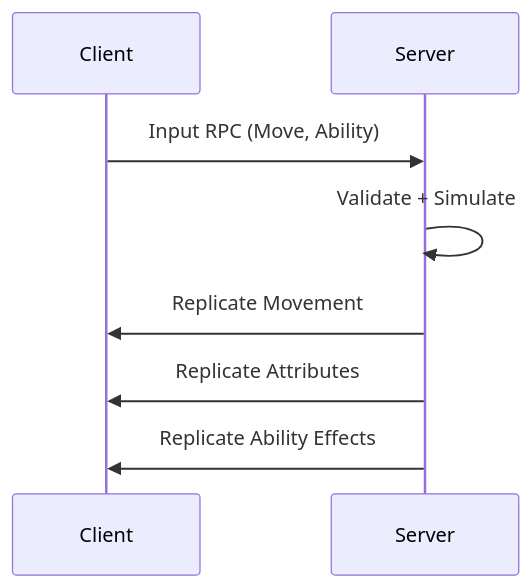
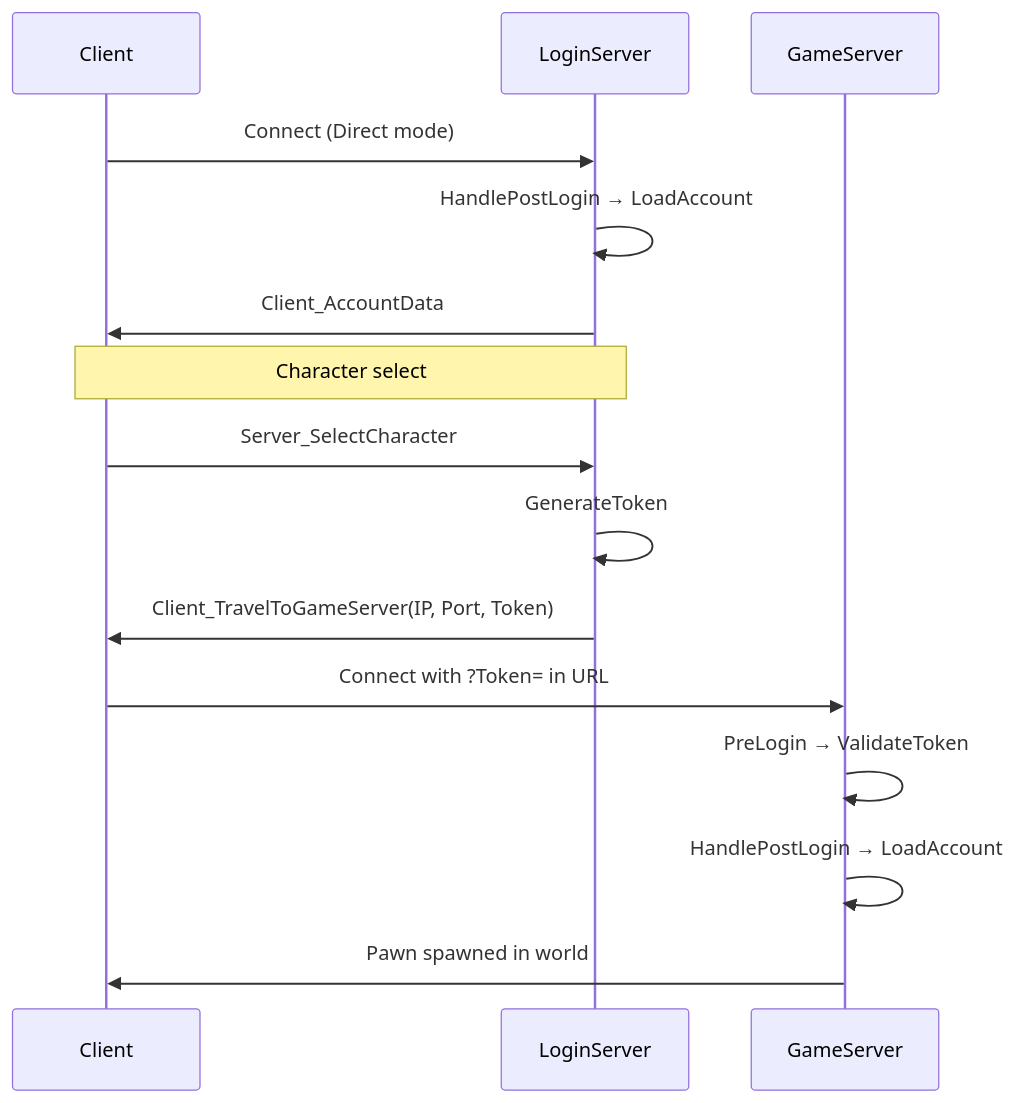
Before and after one commit to maximoh-mmo/PortfolioTutorial: the diagram in Docs/Multiplayer/Multiplayer_System.md, drawn with Mermaid. The commit also changed other lines of this file and 16 other files, not shown here.

First line of the commit message:
fix: complete A5c bugfix pass — multi-server auth flow working end-to-end

````diff
--- a/Docs/Multiplayer/Multiplayer_System.md
+++ b/Docs/Multiplayer/Multiplayer_System.md
@@ -35,11 +101,18 @@
 ```mermaid
 sequenceDiagram
     participant Client
-    participant Server
+    participant LoginServer
+    participant GameServer
 
-    Client->>Server: Input RPC (Move, Ability)
-    Server->>Server: Validate + Simulate
-    Server->>Client: Replicate Movement
-    Server->>Client: Replicate Attributes
-    Server->>Client: Replicate Ability Effects
+    Client->>LoginServer: Connect (Direct mode)
+    LoginServer->>LoginServer: HandlePostLogin → LoadAccount
+    LoginServer->>Client: Client_AccountData
+    Note over Client,LoginServer: Character select
+    Client->>LoginServer: Server_SelectCharacter
+    LoginServer->>LoginServer: GenerateToken
+    LoginServer->>Client: Client_TravelToGameServer(IP, Port, Token)
+    Client->>GameServer: Connect with ?Token= in URL
+    GameServer->>GameServer: PreLogin → ValidateToken
+    GameServer->>GameServer: HandlePostLogin → LoadAccount
+    GameServer->>Client: Pawn spawned in world
 ```
````
